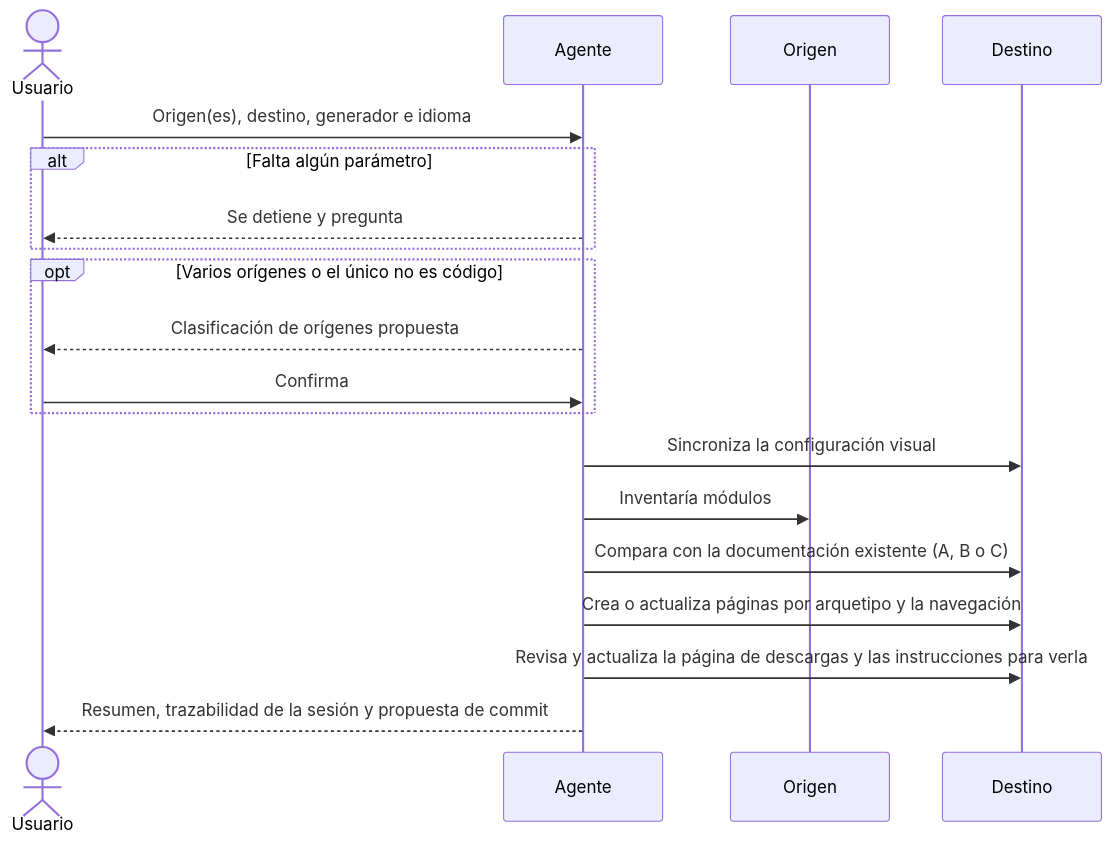
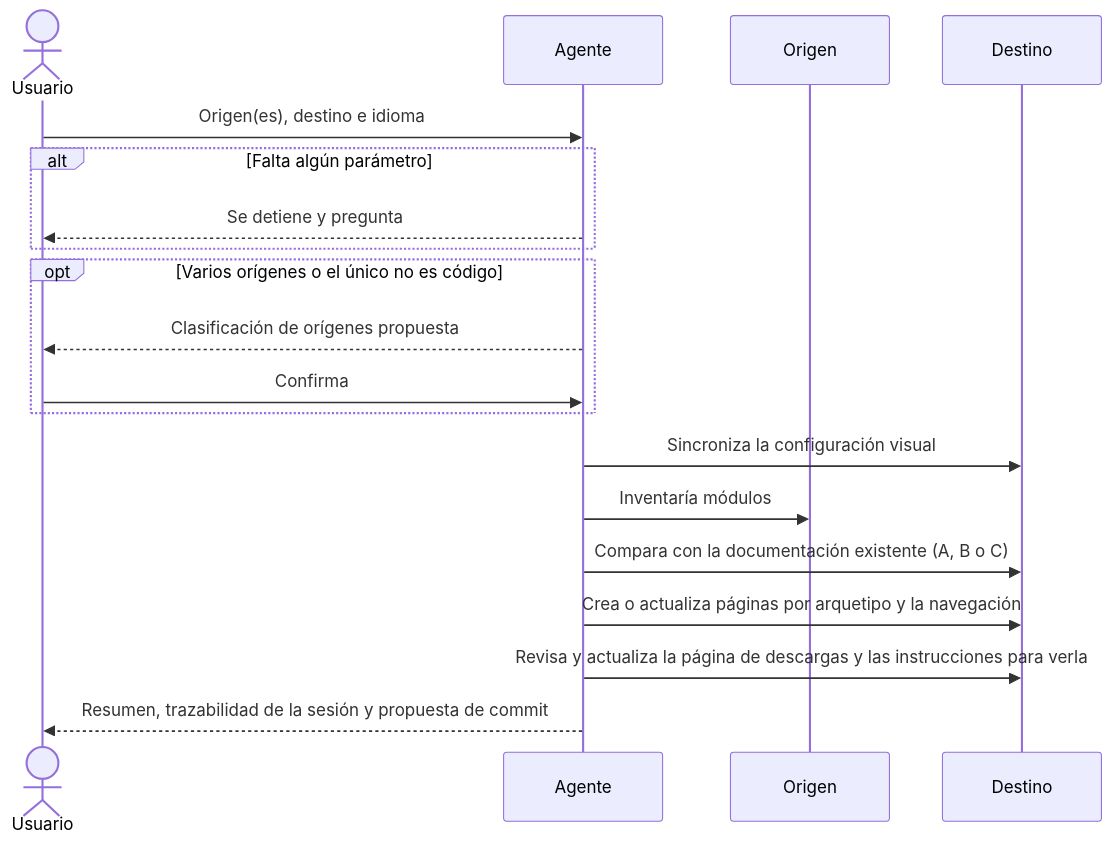
The diagram in docs/functional/document_project.md (fmanza/doc_ia), drawn with Mermaid before and after one commit. The commit also changed other lines of this file and 34 other files, not shown here.

First line of the commit message:
feat(prompts)!: Zensical como único generador para proyectos destino (Z3)

````diff
--- a/docs/functional/document_project.md
+++ b/docs/functional/document_project.md
@@ -60,23 +61,23 @@
 ```mermaid
 sequenceDiagram
     accTitle: Documentar un proyecto desde el chat
-    accDescr: El usuario invoca el flujo con cuatro parámetros; el agente valida, pide confirmar la clasificación si hay varios orígenes o ninguno es código, inventaría el origen frente a la documentación existente, genera las páginas en el destino y devuelve un resumen con la trazabilidad y una propuesta de commit.
+    accDescr: El usuario invoca el flujo con tres parámetros; el agente valida, pide confirmar la clasificación si hay varios orígenes o ninguno es código, inventaría el origen frente a la documentación existente, genera las páginas en el destino y devuelve un resumen con la trazabilidad y una propuesta de commit.
     actor U as Usuario
     participant A as Agente
     participant O as Origen
     participant D as Destino
-    U->>A: Origen(es), destino, generador e idioma
+    U->>A: Origen(es), destino e idioma
     alt Falta algún parámetro
         A-->>U: Se detiene y pregunta
     end
     opt Varios orígenes o el único no es código
         A-->>U: Clasificación de orígenes propuesta
         U->>A: Confirma
     end
     A->>D: Sincroniza la configuración visual
     A->>O: Inventaría módulos
     A->>D: Compara con la documentación existente (A, B o C)
     A->>D: Crea o actualiza páginas por arquetipo y la navegación
     A->>D: Revisa y actualiza la página de descargas y las instrucciones para verla
     A-->>U: Resumen, trazabilidad de la sesión y propuesta de commit
 ```
````
